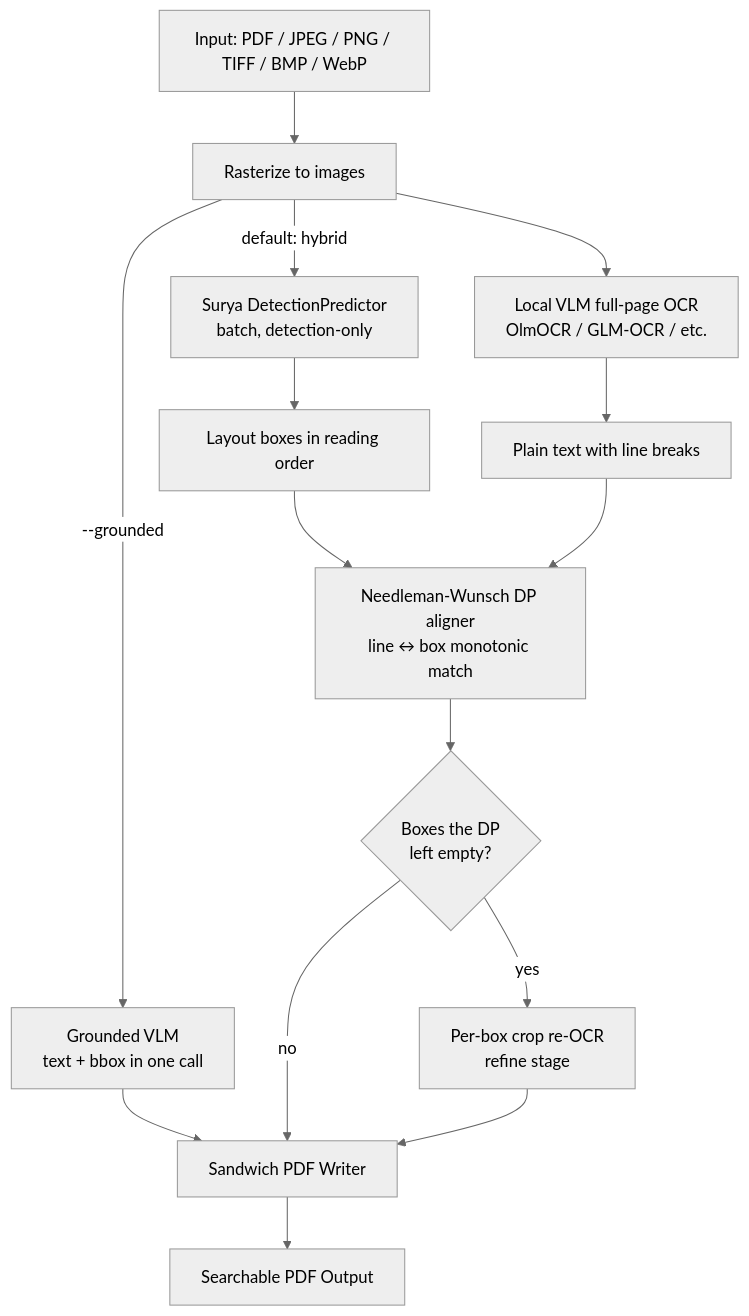
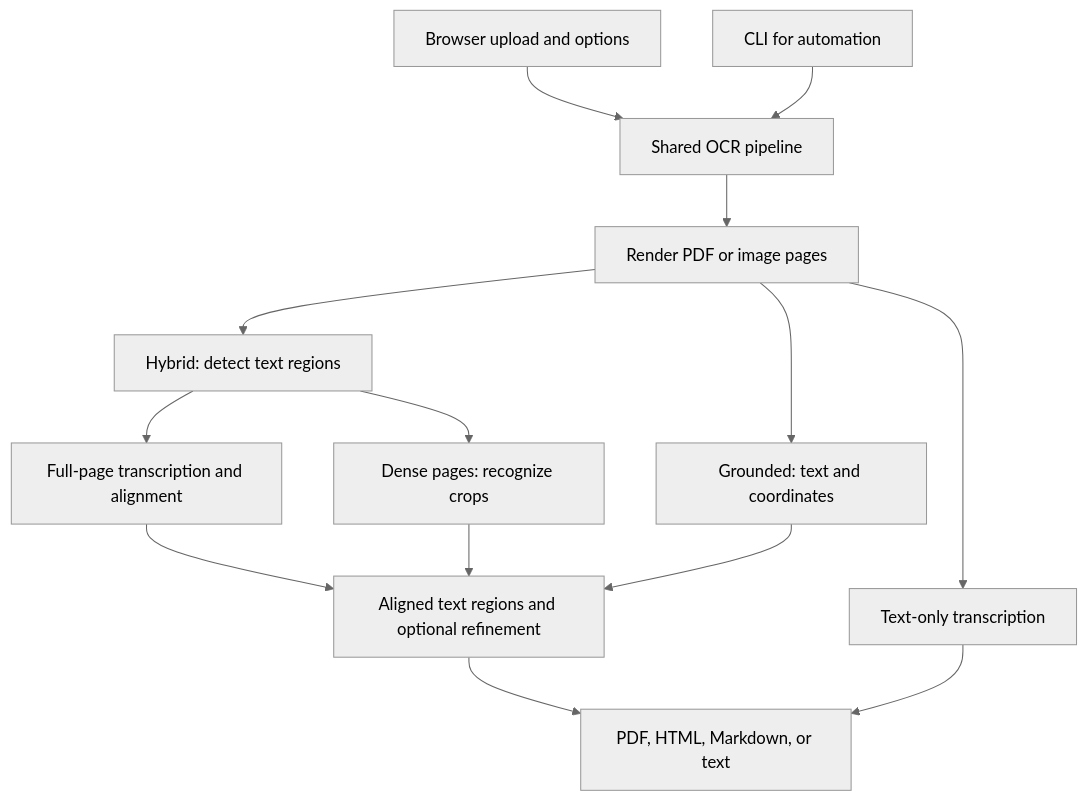
One commit to ahnafnafee/ahnafnafee.dev changed the diagram in src/data/blog/local-llm-pdf-ocr.mdx. Above: the diagram before and after it, drawn with Mermaid (neutral theme). The commit also changed other lines of this file and 17 other files, not shown here.

````diff
--- a/src/data/blog/local-llm-pdf-ocr.mdx
+++ b/src/data/blog/local-llm-pdf-ocr.mdx
@@ -119,19 +171,16 @@
 ```mermaid
-graph TD
-    A["Input: PDF / JPEG / PNG / TIFF / BMP / WebP"] --> B["Rasterize to images"]
-
-    B -->|"--grounded"| Z["Grounded VLM<br/>text + bbox in one call"]
-    Z --> EMB["Sandwich PDF Writer"]
-
-    B -->|"default: hybrid"| C["Surya DetectionPredictor<br/>batch, detection-only"]
-    B --> D["Local VLM full-page OCR<br/>OlmOCR / GLM-OCR / etc."]
-    C --> E["Layout boxes in reading order"]
-    D --> F["Plain text with line breaks"]
-    E --> G["Needleman-Wunsch DP aligner<br/>line ↔ box monotonic match"]
-    F --> G
-    G --> H{"Boxes the DP<br/>left empty?"}
-    H -->|"yes"| R["Per-box crop re-OCR<br/>refine stage"]
-    H -->|"no"| EMB
-    R --> EMB
-    EMB --> L["Searchable PDF Output"]
+flowchart TD
+    B["Browser upload and options"] --> P["Shared OCR pipeline"]
+    C["CLI for automation"] --> P
+    P --> R["Render PDF or image pages"]
+    R --> H["Hybrid: detect text regions"]
+    R --> G["Grounded: text and coordinates"]
+    R --> T["Text-only transcription"]
+    H --> F["Full-page transcription and alignment"]
+    H --> D["Dense pages: recognize crops"]
+    F --> A["Aligned text regions and optional refinement"]
+    D --> A
+    G --> A
+    A --> O["PDF, HTML, Markdown, or text"]
+    T --> O
 ```
````
